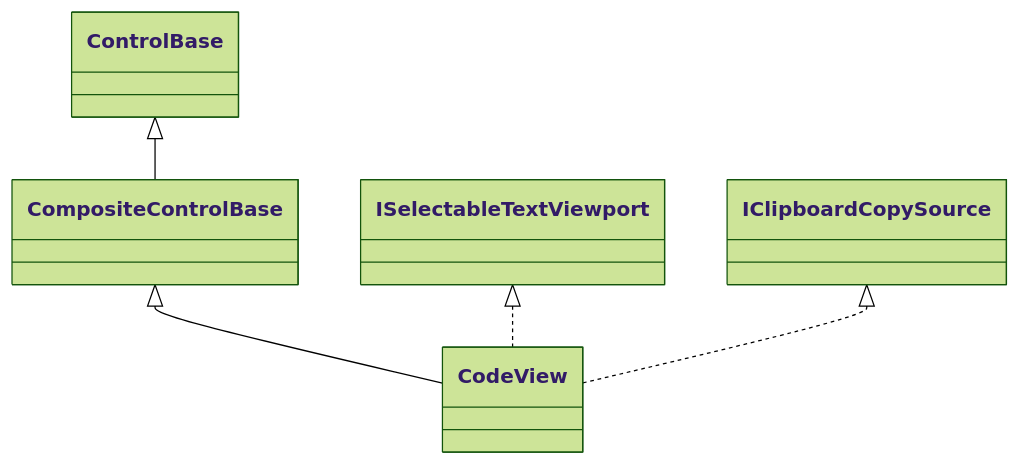
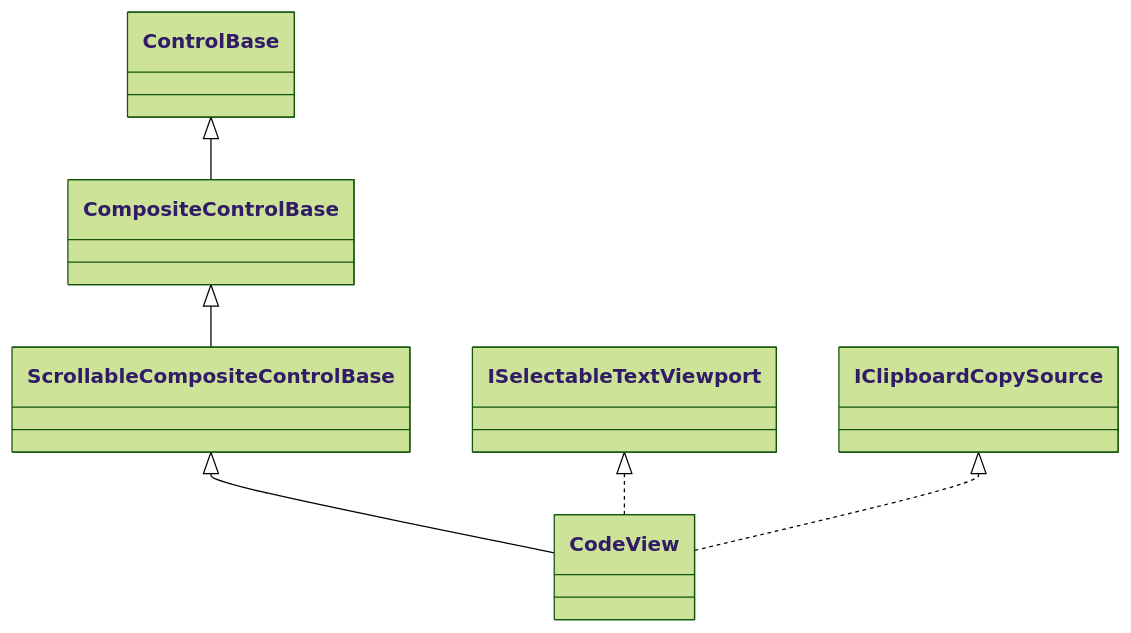
The diagram in docs/controls/display/code-view.md (pavkam/sharp-vision), drawn with Mermaid (forest theme) before and after one commit. The commit also changed other lines of this file and 29 other files, not shown here.

````diff
--- a/docs/controls/display/code-view.md
+++ b/docs/controls/display/code-view.md
@@ -34,7 +39,8 @@
 ```mermaid
 classDiagram
     ControlBase <|-- CompositeControlBase
-    CompositeControlBase <|-- CodeView
+    CompositeControlBase <|-- ScrollableCompositeControlBase
+    ScrollableCompositeControlBase <|-- CodeView
     ISelectableTextViewport <|.. CodeView
     IClipboardCopySource <|.. CodeView
 ```
````
